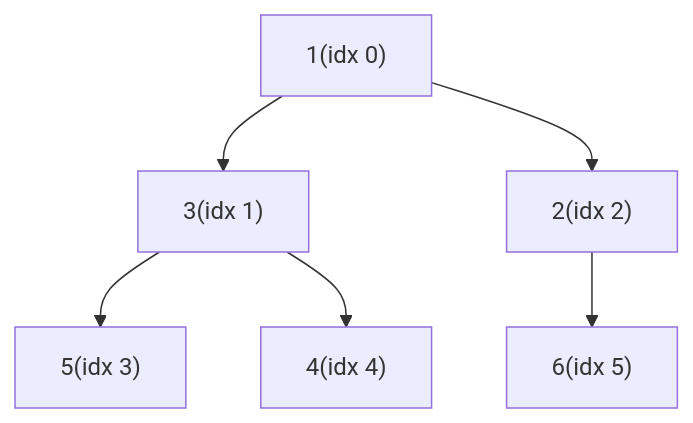
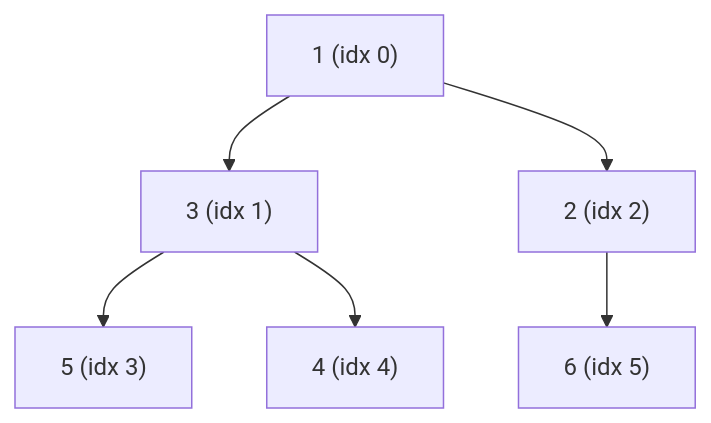
One commit to pploc/swe-icon-the-moment changed the diagram in content/questions/fundamentals/heap-operations.md. Above: the diagram before and after it, drawn with Mermaid. The commit also changed 95 other files, not shown here.

Commit message:
fix: update the practice mode diagram bug not display

````diff
--- a/content/questions/fundamentals/heap-operations.md
+++ b/content/questions/fundamentals/heap-operations.md
@@ -25,10 +25,11 @@
 ```mermaid
 graph TD
-    A["1(idx 0)"] --> B["3(idx 1)"]
-    A --> C["2(idx 2)"]
-    B --> D["5(idx 3)"]
-    B --> E["4(idx 4)"]
-    C --> F["6(idx 5)"]
+    A["1 (idx 0)"] --> B["3 (idx 1)"]
+    A --> C["2 (idx 2)"]
+    B --> D["5 (idx 3)"]
+    B --> E["4 (idx 4)"]
+    C --> F["6 (idx 5)"]
+
 
 
 ```
````
